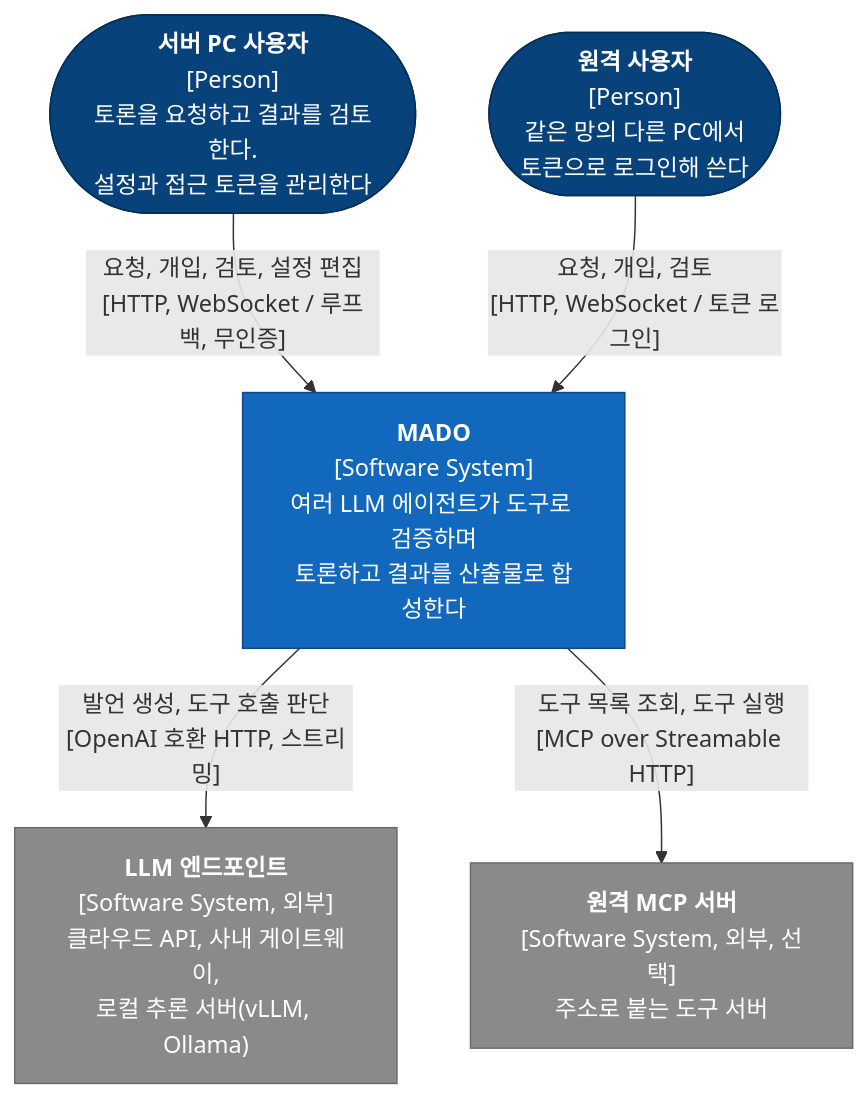
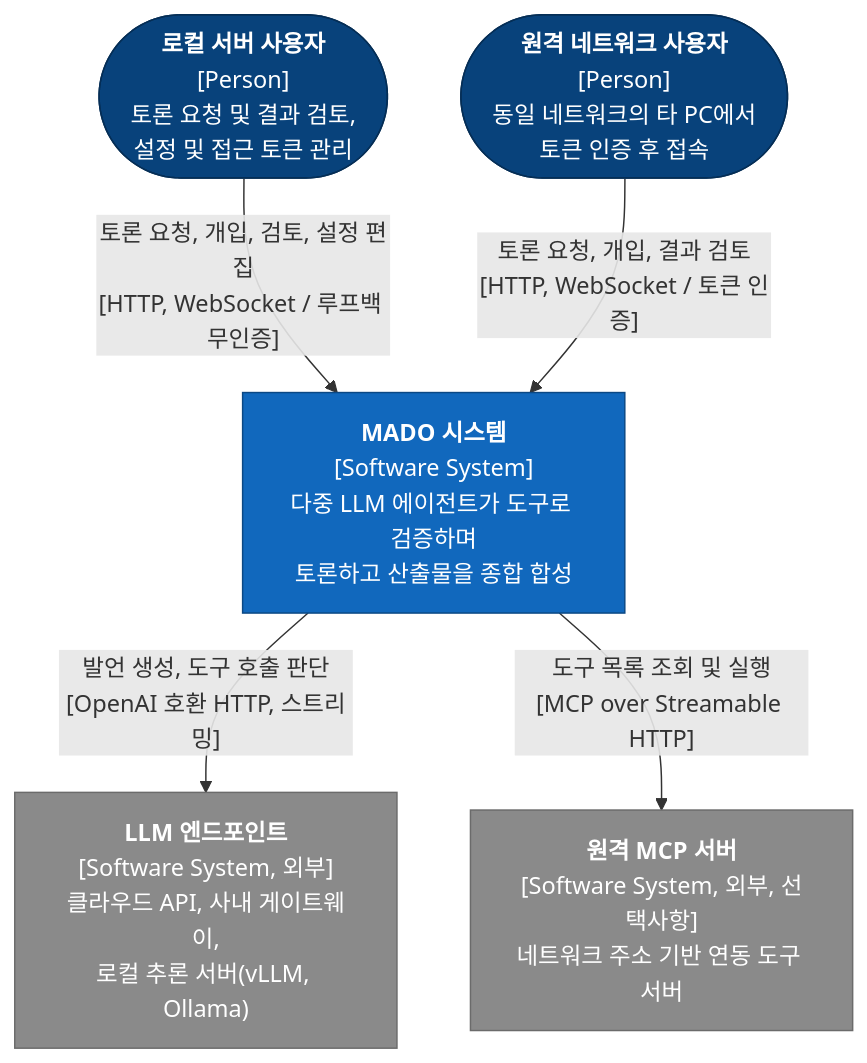
Before and after one commit to HaJaehee/MultiAgentDebateAndOrchestrationPlatform: the first of 7 diagrams in lectures/03-architecture/01-static-view.md, drawn with Mermaid. The commit also changed other lines of this file and 39 other files, not shown here.

````diff
--- a/lectures/03-architecture/01-static-view.md
+++ b/lectures/03-architecture/01-static-view.md
@@ -15,22 +13,22 @@
 ```mermaid
 flowchart TB
-    owner(["<b>서버 PC 사용자</b><br/>[Person]<br/>토론을 요청하고 결과를 검토한다.<br/>설정과 접근 토큰을 관리한다"])
-    remote(["<b>원격 사용자</b><br/>[Person]<br/>같은 망의 다른 PC에서<br/>토큰으로 로그인해 쓴다"])
+    owner(["<b>로컬 서버 사용자</b><br/>[Person]<br/>토론 요청 및 결과 검토,<br/>설정 및 접근 토큰 관리"])
+    remote(["<b>원격 네트워크 사용자</b><br/>[Person]<br/>동일 네트워크의 타 PC에서<br/>토큰 인증 후 접속"])
 
-    mado["<b>MADO</b><br/>[Software System]<br/>여러 LLM 에이전트가 도구로 검증하며<br/>토론하고 결과를 산출물로 합성한다"]
+    mado["<b>MADO 시스템</b><br/>[Software System]<br/>다중 LLM 에이전트가 도구로 검증하며<br/>토론하고 산출물을 종합 합성"]
 
     llm["<b>LLM 엔드포인트</b><br/>[Software System, 외부]<br/>클라우드 API, 사내 게이트웨이,<br/>로컬 추론 서버(vLLM, Ollama)"]
-    rmcp["<b>원격 MCP 서버</b><br/>[Software System, 외부, 선택]<br/>주소로 붙는 도구 서버"]
+    rmcp["<b>원격 MCP 서버</b><br/>[Software System, 외부, 선택사항]<br/>네트워크 주소 기반 연동 도구 서버"]
 
-    owner -->|"요청, 개입, 검토, 설정 편집<br/>[HTTP, WebSocket / 루프백, 무인증]"| mado
-    remote -->|"요청, 개입, 검토<br/>[HTTP, WebSocket / 토큰 로그인]"| mado
+    owner -->|"토론 요청, 개입, 검토, 설정 편집<br/>[HTTP, WebSocket / 루프백 무인증]"| mado
+    remote -->|"토론 요청, 개입, 결과 검토<br/>[HTTP, WebSocket / 토큰 인증]"| mado
     mado -->|"발언 생성, 도구 호출 판단<br/>[OpenAI 호환 HTTP, 스트리밍]"| llm
-    mado -->|"도구 목록 조회, 도구 실행<br/>[MCP over Streamable HTTP]"| rmcp
+    mado -->|"도구 목록 조회 및 실행<br/>[MCP over Streamable HTTP]"| rmcp
 
     classDef person fill:#08427b,stroke:#052e56,color:#ffffff
     classDef system fill:#1168bd,stroke:#0b4884,color:#ffffff
     classDef external fill:#8a8a8a,stroke:#6b6b6b,color:#ffffff
     class owner,remote person
     class mado system
     class llm,rmcp external
 ```
````
